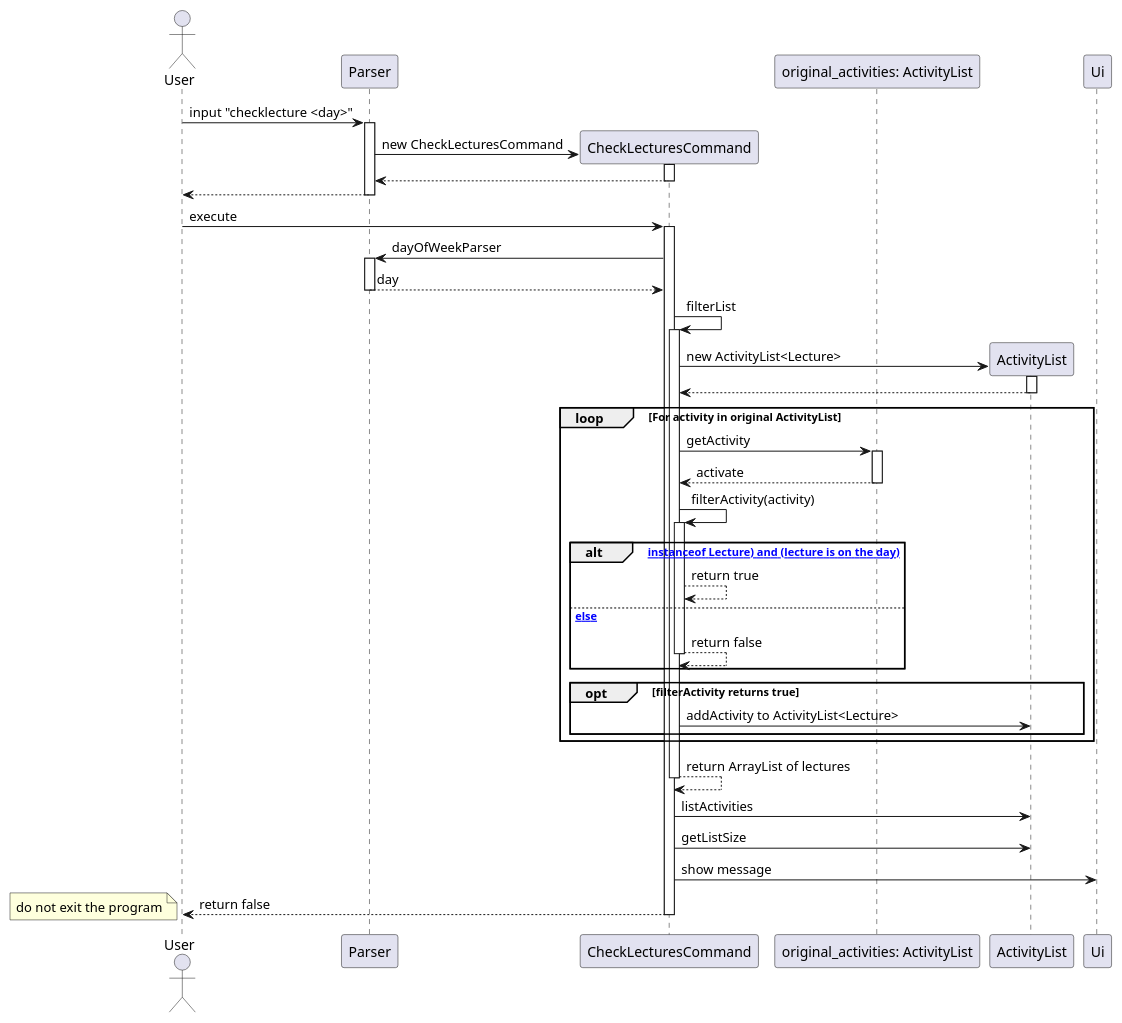
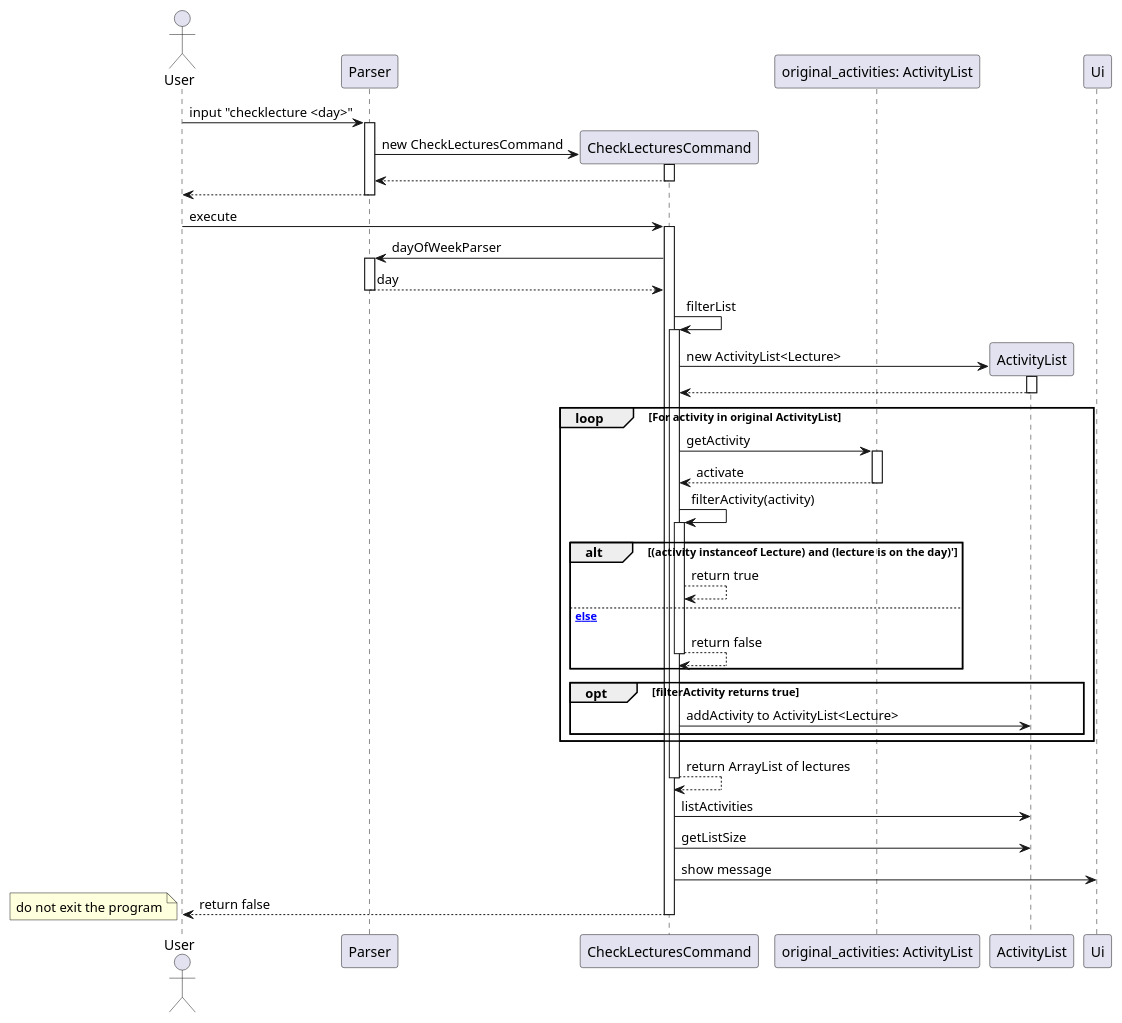
The diagram in docs/diagrams/checkLecture_sequence.puml (Kennahh/tp), drawn with PlantUML before and after one commit.

```diff
--- a/docs/diagrams/checkLecture_sequence.puml
+++ b/docs/diagrams/checkLecture_sequence.puml
@@ -1,61 +1,61 @@
 @startuml
 Actor User
 participant Parser
 participant CheckLecturesCommand
 participant "original_activities: ActivityList" as original_list
 participant ActivityList
 participant Ui
 
 User -> Parser: input "checklecture <day>"
 activate Parser
 create CheckLecturesCommand
 Parser -> CheckLecturesCommand:new CheckLecturesCommand
 activate CheckLecturesCommand
 CheckLecturesCommand --> Parser
 deactivate CheckLecturesCommand
 Parser --> User
 deactivate Parser
 
 User -> CheckLecturesCommand: execute
 activate CheckLecturesCommand
 CheckLecturesCommand -> Parser: dayOfWeekParser
 activate Parser
 Parser --> CheckLecturesCommand: day
 deactivate Parser
 
 CheckLecturesCommand -> CheckLecturesCommand: filterList
 activate CheckLecturesCommand
 create ActivityList
 CheckLecturesCommand -> ActivityList: new ActivityList<Lecture>
 activate ActivityList
 ActivityList --> CheckLecturesCommand
 deactivate ActivityList
 
 loop For activity in original ActivityList
     CheckLecturesCommand -> original_list: getActivity
     activate original_list
     original_list --> CheckLecturesCommand: activate
     deactivate original_list
     CheckLecturesCommand -> CheckLecturesCommand: filterActivity(activity)
     activate CheckLecturesCommand
 
-    alt [(activity instanceof Lecture) and (lecture is on the day)]
+    alt (activity instanceof Lecture) and (lecture is on the day)'
         CheckLecturesCommand --> CheckLecturesCommand: return true
     else [else]
         CheckLecturesCommand --> CheckLecturesCommand: return false
         deactivate CheckLecturesCommand
     end
     opt filterActivity returns true
         CheckLecturesCommand -> ActivityList: addActivity to ActivityList<Lecture>
     end
 end
 CheckLecturesCommand --> CheckLecturesCommand: return ArrayList of lectures
 deactivate CheckLecturesCommand
 CheckLecturesCommand -> ActivityList: listActivities
 CheckLecturesCommand -> ActivityList: getListSize
 CheckLecturesCommand -> Ui: show message
 CheckLecturesCommand --> User: return false
 note left: do not exit the program
 deactivate CheckLecturesCommand
 
 @enduml
```
